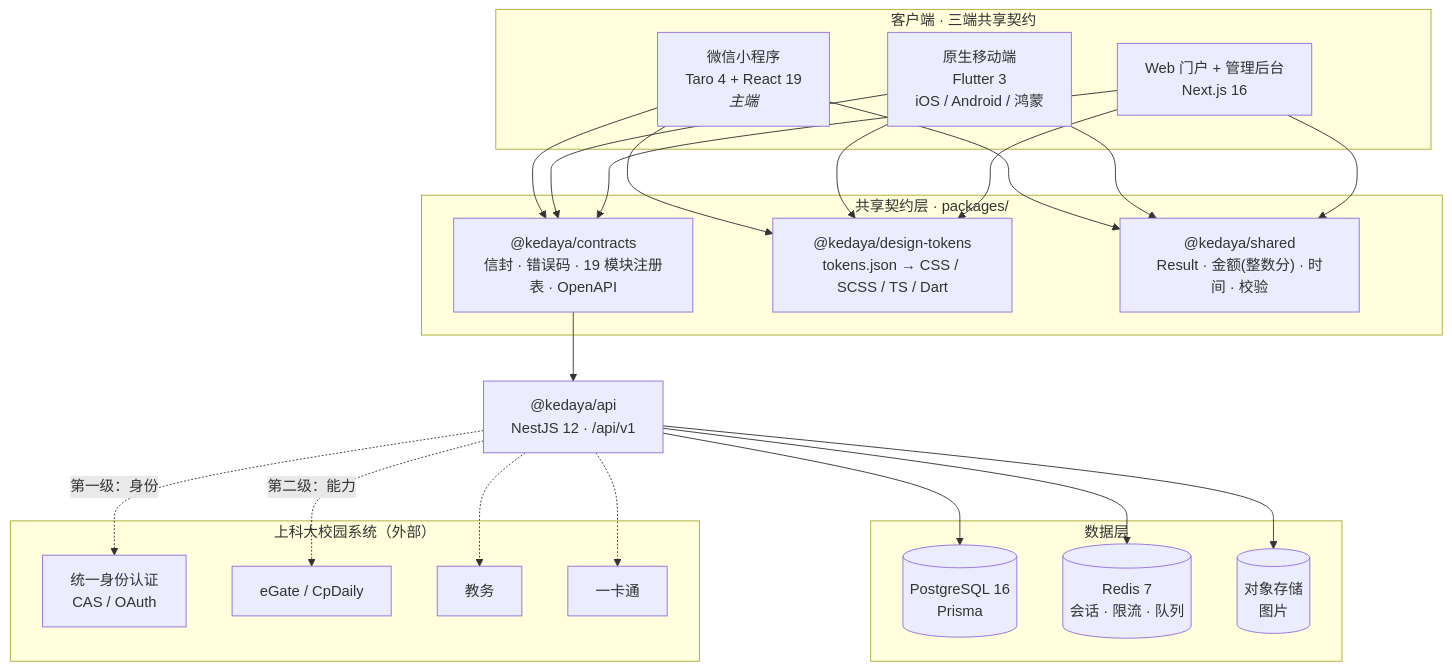
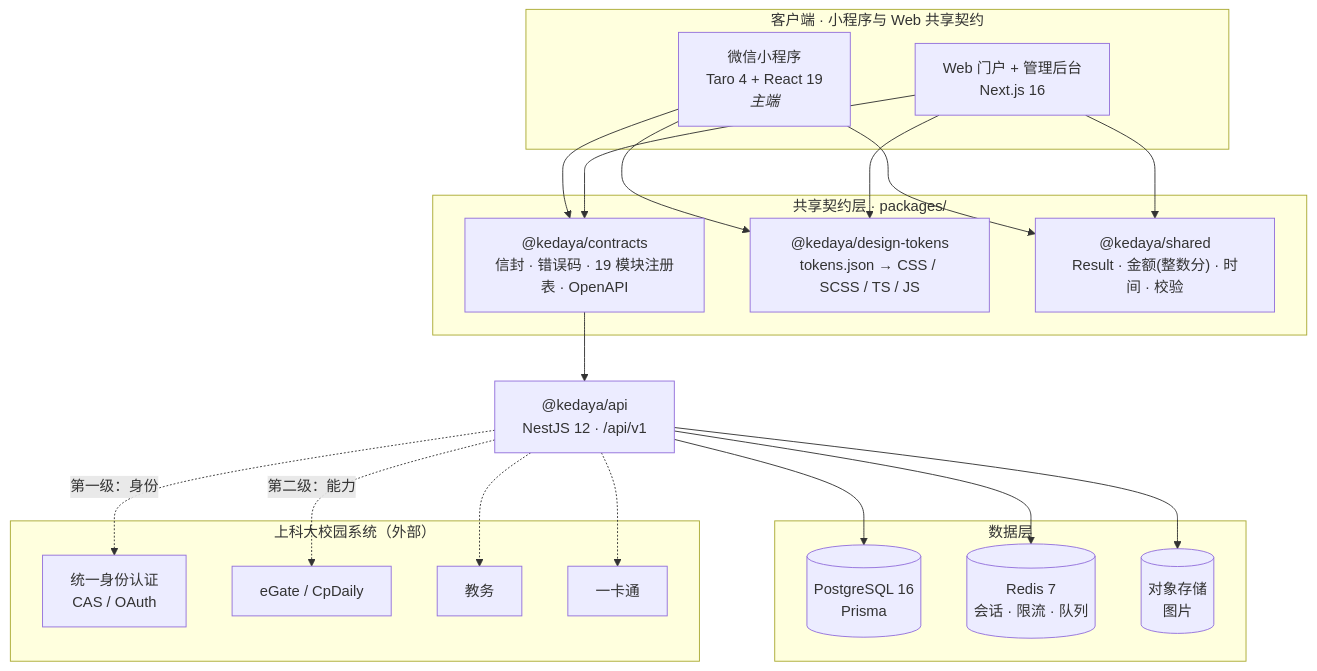
One commit to tzhazuma/kedaya changed the diagram in README.md. Above: the diagram before and after it, drawn with Mermaid. The commit also changed other lines of this file and 385 other files, not shown here.

````diff
--- a/README.md
+++ b/README.md
@@ -43,48 +42,44 @@
 ```mermaid
 graph TB
-    subgraph clients["客户端 · 三端共享契约"]
+    subgraph clients["客户端 · 小程序与 Web 共享契约"]
         MP["微信小程序<br/>Taro 4 + React 19<br/><i>主端</i>"]
-        MB["原生移动端<br/>Flutter 3<br/>iOS / Android / 鸿蒙"]
         WEB["Web 门户 + 管理后台<br/>Next.js 16"]
     end
 
     subgraph shared["共享契约层 · packages/"]
         CON["@kedaya/contracts<br/>信封 · 错误码 · 19 模块注册表 · OpenAPI"]
-        TOK["@kedaya/design-tokens<br/>tokens.json → CSS / SCSS / TS / Dart"]
+        TOK["@kedaya/design-tokens<br/>tokens.json → CSS / SCSS / TS / JS"]
         SHR["@kedaya/shared<br/>Result · 金额(整数分) · 时间 · 校验"]
     end
 
     API["@kedaya/api<br/>NestJS 12 · /api/v1"]
 
     subgraph data["数据层"]
         PG[("PostgreSQL 16<br/>Prisma")]
         RD[("Redis 7<br/>会话 · 限流 · 队列")]
         OSS[("对象存储<br/>图片")]
     end
 
     subgraph campus["上科大校园系统（外部）"]
         SSO["统一身份认证<br/>CAS / OAuth"]
         EGATE["eGate / CpDaily"]
         JW["教务"]
         CARD["一卡通"]
     end
 
     MP --> CON
-    MB --> CON
     WEB --> CON
     MP --> TOK
-    MB --> TOK
     WEB --> TOK
     MP --> SHR
-    MB --> SHR
     WEB --> SHR
 
     CON --> API
     API --> PG
     API --> RD
     API --> OSS
     API -.->|第一级：身份| SSO
     API -.->|第二级：能力| EGATE
     API -.-> JW
     API -.-> CARD
 ```
````
